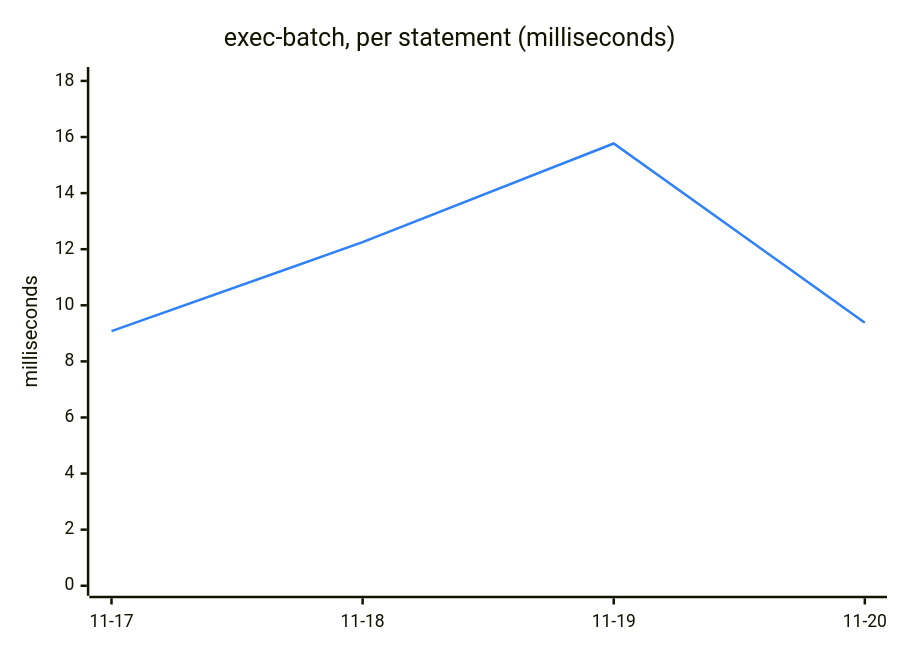
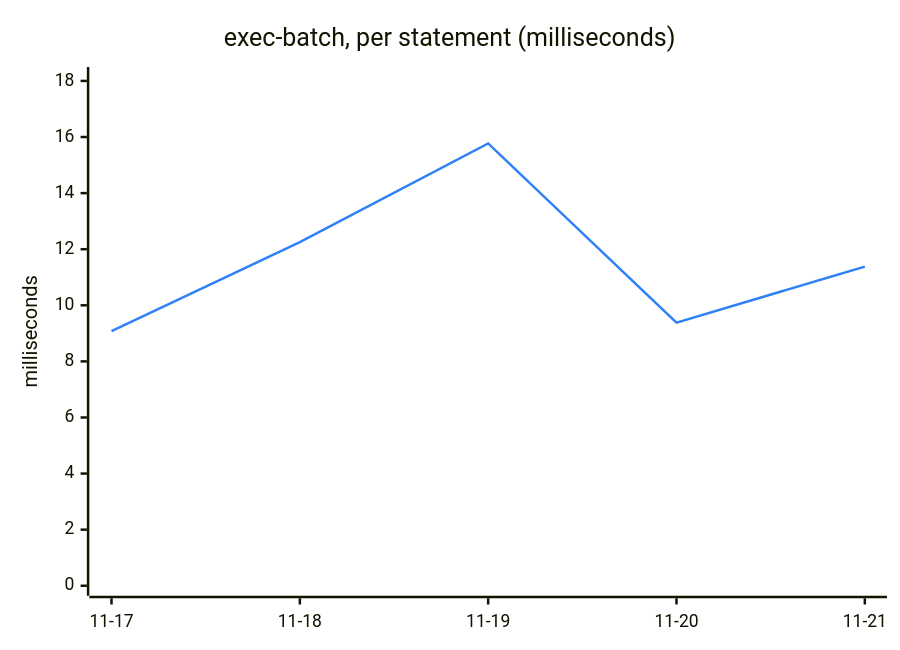
Before and after one commit to Ricovl/mxcli: the fifth of 6 diagrams in TREND.md, drawn with Mermaid. The commit also changed other lines of this file and 2 other files, not shown here.

````diff
--- a/TREND.md
+++ b/TREND.md
@@ -111,13 +111,13 @@
 ```mermaid
 ---
 config:
   themeVariables:
     xyChart:
       plotColorPalette: "#2f81f7"
 ---
 xychart-beta
     title "exec-batch, per statement (milliseconds)"
-    x-axis ["11-17", "11-18", "11-19", "11-20"]
+    x-axis ["11-17", "11-18", "11-19", "11-20", "11-21"]
     y-axis "milliseconds" 0 --> 18.14
-    line [9.08, 12.25, 15.77, 9.38]
+    line [9.08, 12.25, 15.77, 9.38, 11.38]
 ```
````
